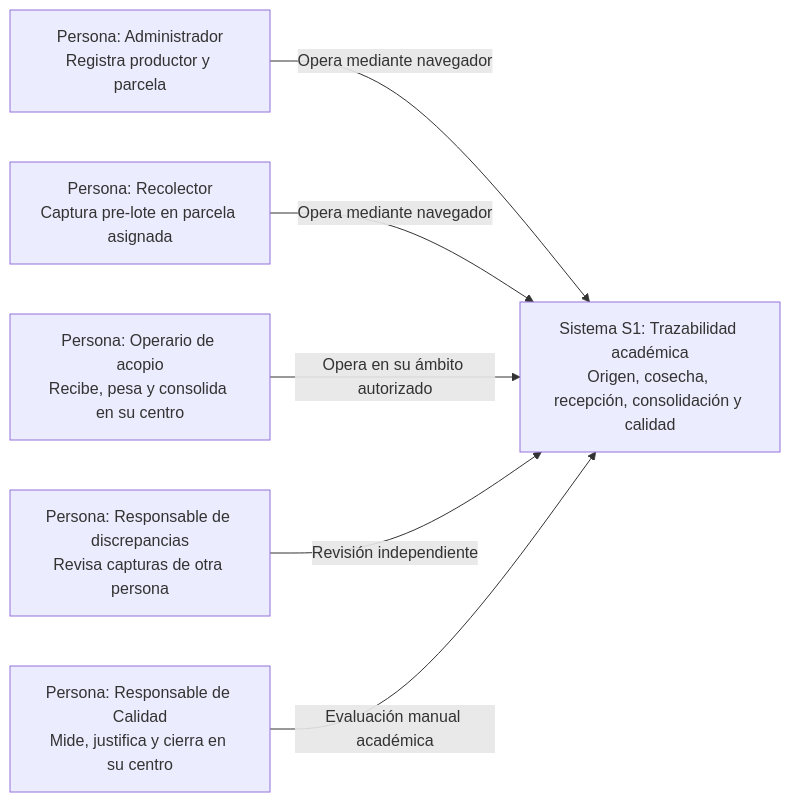
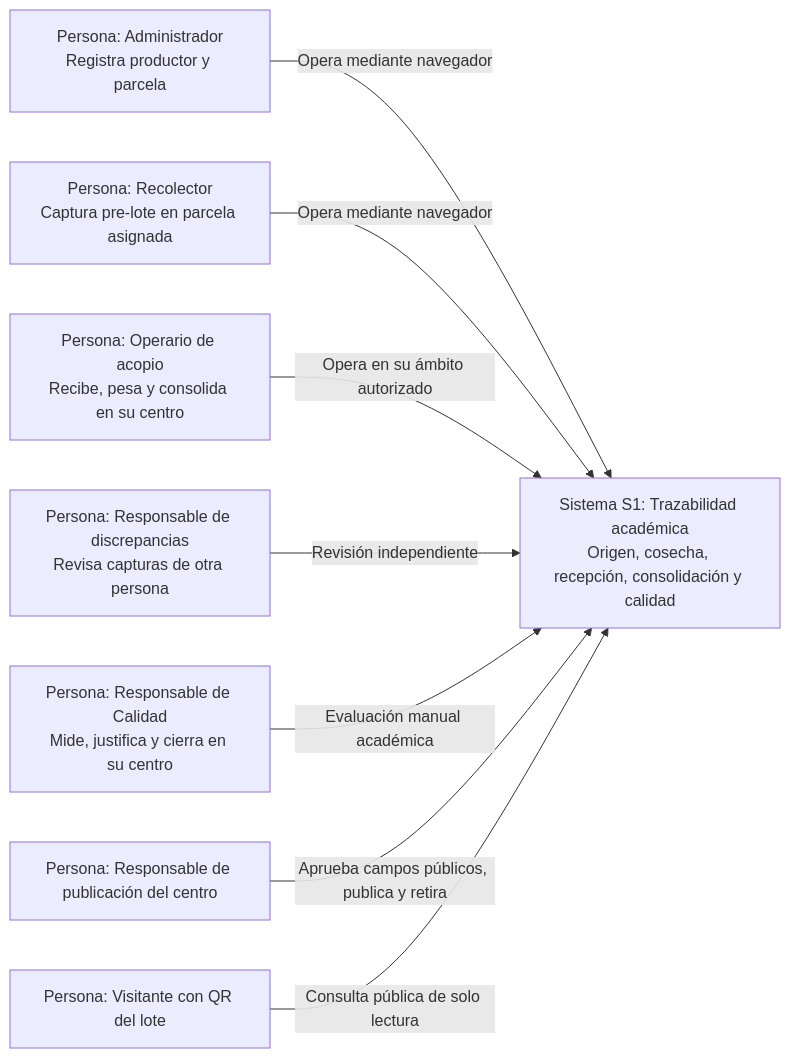
Before and after one commit to carlosgaraundo27-svg/Trazabilidad-Agricola-Arquitectura: the first of 7 diagrams in docs/04-modelo-c4/modelo-c4.md, drawn with Mermaid. The commit also changed other lines of this file and 28 other files, not shown here.

````diff
--- a/docs/04-modelo-c4/modelo-c4.md
+++ b/docs/04-modelo-c4/modelo-c4.md
@@ -15,14 +17,18 @@
 ```mermaid
 flowchart LR
   ADMIN["Persona: Administrador<br/>Registra productor y parcela"]
   CAMPO["Persona: Recolector<br/>Captura pre-lote en parcela asignada"]
   ACOPIO["Persona: Operario de acopio<br/>Recibe, pesa y consolida en su centro"]
   RESPONSABLE["Persona: Responsable de discrepancias<br/>Revisa capturas de otra persona"]
   CALIDAD["Persona: Responsable de Calidad<br/>Mide, justifica y cierra en su centro"]
+  PUBLICADOR["Persona: Responsable de publicación del centro"]
+  VISITANTE["Persona: Visitante con QR del lote"]
   S1["Sistema S1: Trazabilidad académica<br/>Origen, cosecha, recepción, consolidación y calidad"]
   ADMIN -->|"Opera mediante navegador"| S1
   CAMPO -->|"Opera mediante navegador"| S1
   ACOPIO -->|"Opera en su ámbito autorizado"| S1
   RESPONSABLE -->|"Revisión independiente"| S1
   CALIDAD -->|"Evaluación manual académica"| S1
+  PUBLICADOR -->|"Aprueba campos públicos, publica y retira"| S1
+  VISITANTE -->|"Consulta pública de solo lectura"| S1
 ```
````
